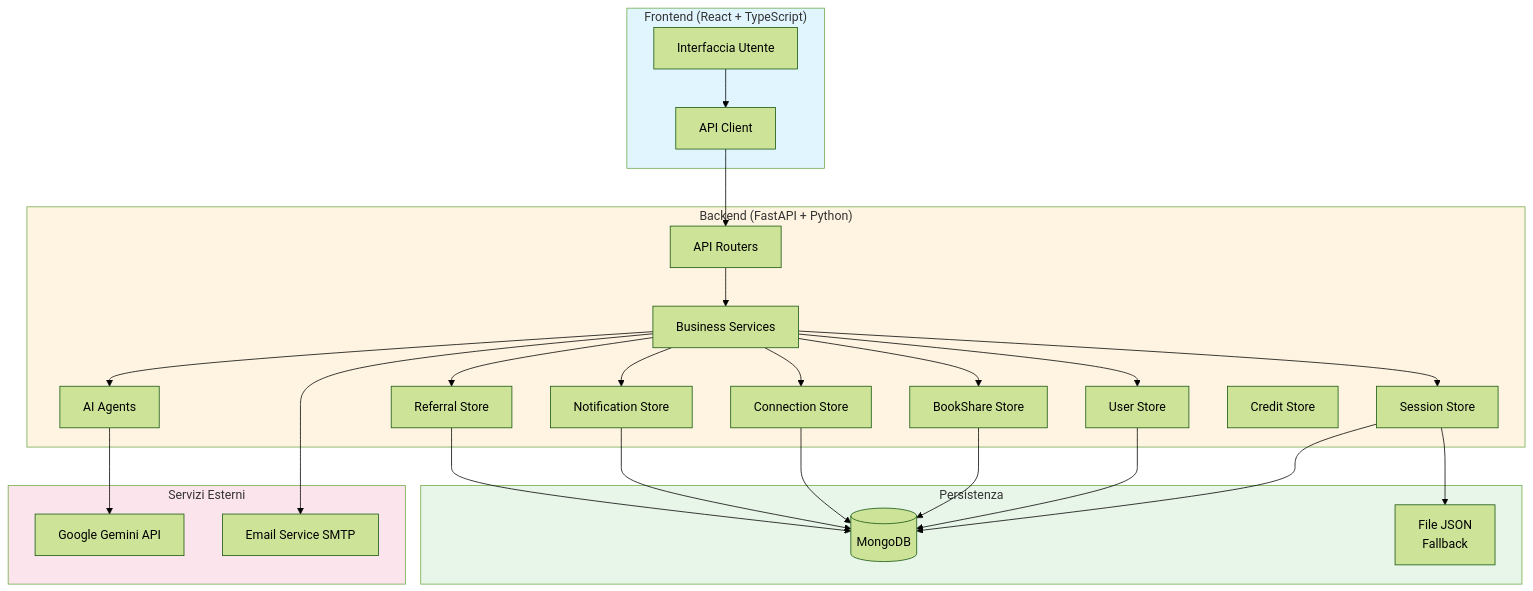
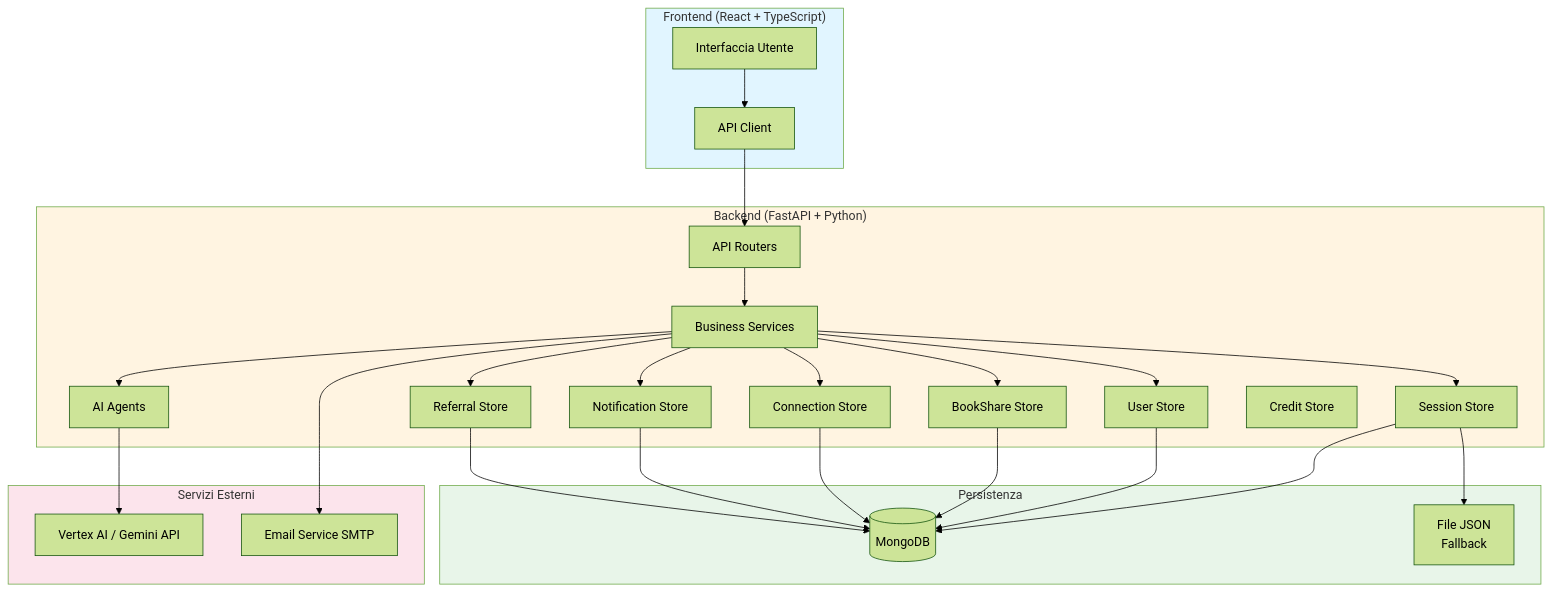
The first of 4 diagrams in docs/TECNICA.md (ErPokerino/book_generator), drawn with Mermaid (forest theme) before and after one commit. The commit also changed other lines of this file and 24 other files, not shown here.

First line of the commit message:
feat: migrate google llm runtime to vertex ai

````diff
--- a/docs/TECNICA.md
+++ b/docs/TECNICA.md
@@ -21,55 +22,55 @@
 ```mermaid
 graph TB
     subgraph Client["Frontend (React + TypeScript)"]
         UI[Interfaccia Utente]
         API_Client[API Client]
     end
     
     subgraph Server["Backend (FastAPI + Python)"]
         Router[API Routers]
         Services[Business Services]
         Agents[AI Agents]
         SessionStore[Session Store]
         UserStore[User Store]
         BookShareStore[BookShare Store]
         ConnectionStore[Connection Store]
         NotificationStore[Notification Store]
         ReferralStore[Referral Store]
         CreditStore[Credit Store]
     end
     
     subgraph Storage["Persistenza"]
         MongoDB[(MongoDB)]
         FileStore[File JSON<br/>Fallback]
     end
     
     subgraph External["Servizi Esterni"]
-        Gemini[Google Gemini API]
+        Gemini[Vertex AI / Gemini API]
         EmailService[Email Service SMTP]
     end
     
     UI --> API_Client
     API_Client --> Router
     Router --> Services
     Services --> Agents
     Agents --> Gemini
     Services --> SessionStore
     Services --> UserStore
     Services --> BookShareStore
     Services --> ConnectionStore
     Services --> NotificationStore
     Services --> ReferralStore
     Services --> EmailService
     SessionStore --> MongoDB
     SessionStore --> FileStore
     UserStore --> MongoDB
     BookShareStore --> MongoDB
     ConnectionStore --> MongoDB
     NotificationStore --> MongoDB
     ReferralStore --> MongoDB
     
     style Client fill:#e1f5ff
     style Server fill:#fff4e1
     style Storage fill:#e8f5e9
     style External fill:#fce4ec
 ```
````
